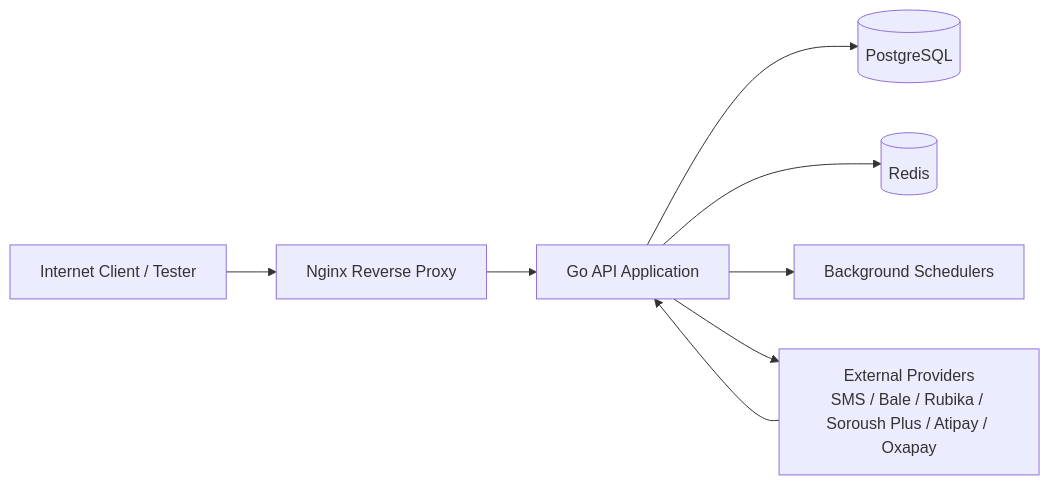
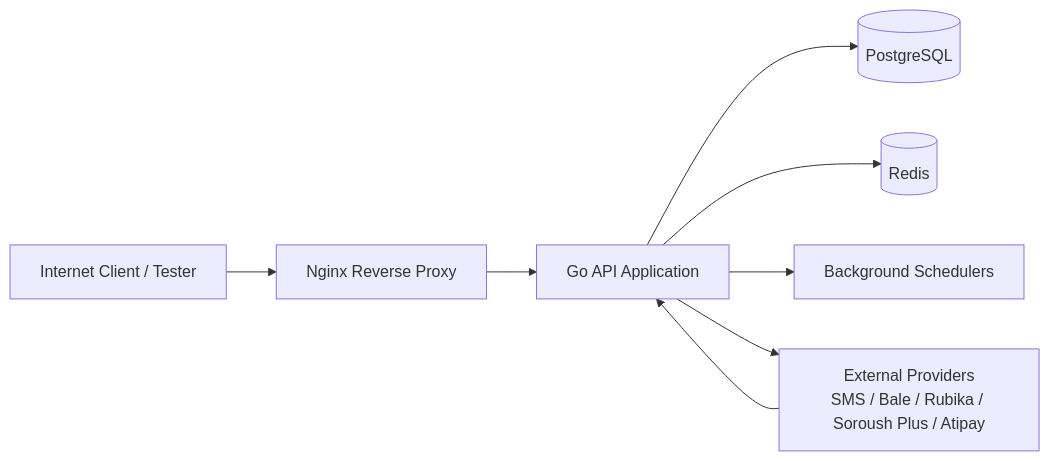
The diagram in pitch/13-pentest-handoff.md (amirphl/Yamata-no-Orochi), drawn with Mermaid before and after one commit. The commit also changed other lines of this file and 5 other files, not shown here.

````diff
--- a/pitch/13-pentest-handoff.md
+++ b/pitch/13-pentest-handoff.md
@@ -156,18 +155,18 @@
 ```mermaid
 flowchart LR
     Internet[Internet Client / Tester]
     Nginx[Nginx Reverse Proxy]
     API[Go API Application]
     DB[(PostgreSQL)]
     Cache[(Redis)]
     Scheduler[Background Schedulers]
-    Providers[External Providers\nSMS / Bale / Rubika / Soroush Plus / Atipay / Oxapay]
+    Providers[External Providers\nSMS / Bale / Rubika / Soroush Plus / Atipay]
 
     Internet --> Nginx
     Nginx --> API
     API --> DB
     API --> Cache
     API --> Scheduler
     API --> Providers
     Providers --> API
 ```
````
